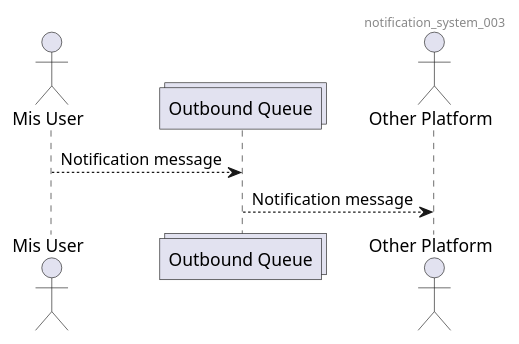
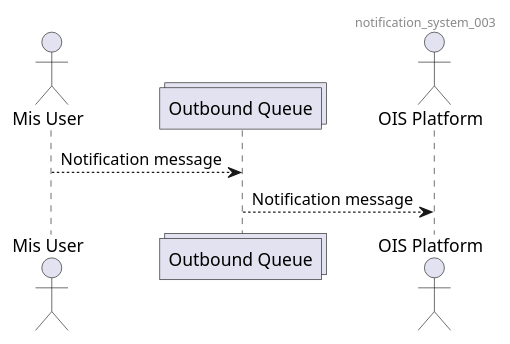
One commit to lionants02/mis-api-doc changed the fourth of 4 diagrams in uml/notification_system.plantuml. Above: the diagram before and after it, drawn with PlantUML. The commit also changed other lines of this file and 5 other files, not shown here.

```diff
--- a/uml/notification_system.plantuml
+++ b/uml/notification_system.plantuml
@@ -24,8 +24,8 @@
 @startuml
 Header notification_system_003
   actor "Mis User" as MIS
   collections "Outbound Queue" as outbound
   MIS --> outbound : Notification message
-  actor "Other Platform" as Other
-  outbound --> Other : Notification message
+  actor "OIS Platform" as OIS
+  outbound --> OIS : Notification message
 @enduml
```
